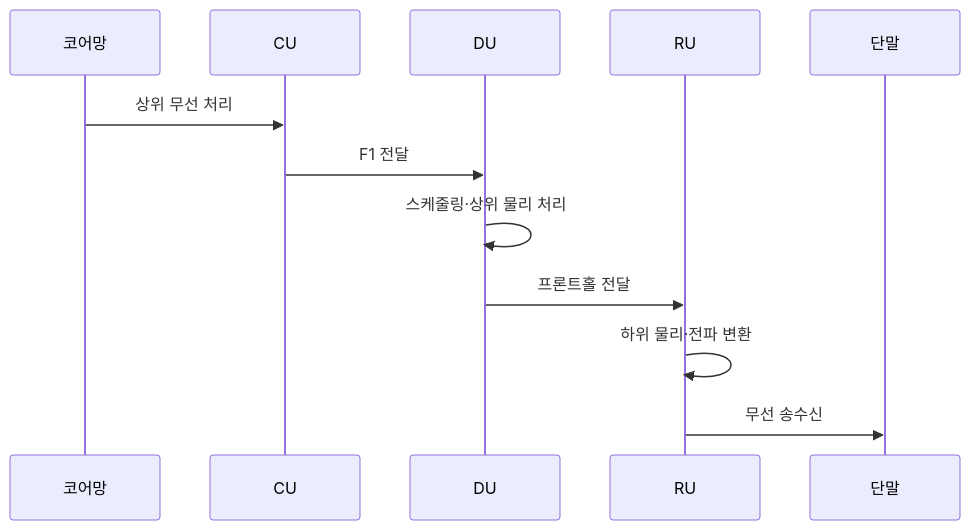
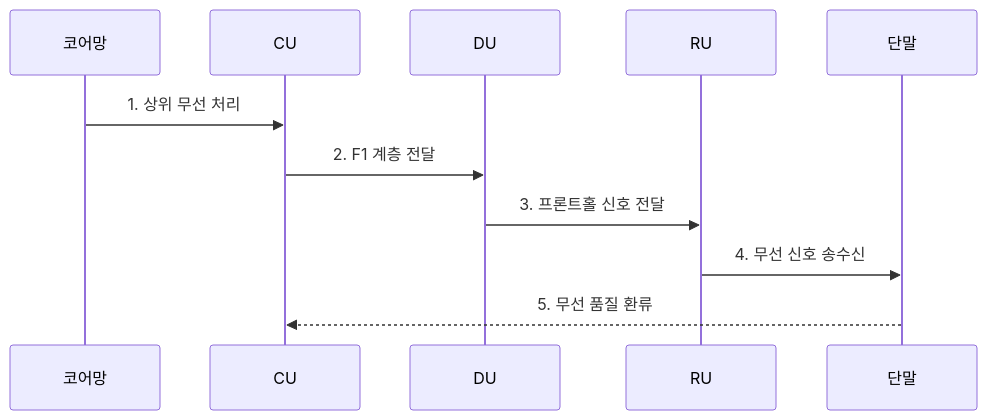
Before and after one commit to agnusdei1207/knowledge-base: the second of 2 diagrams in src/content/docs/notes/04-network/111_network_function_disaggregation.md, drawn with Mermaid. The commit also changed other lines of this file and 9 other files, not shown here.

````diff
--- a/src/content/docs/notes/04-network/111_network_function_disaggregation.md
+++ b/src/content/docs/notes/04-network/111_network_function_disaggregation.md
@@ -81,14 +82,13 @@
 ```mermaid
 sequenceDiagram
   participant N as 코어망
   participant C as CU
   participant D as DU
   participant R as RU
   participant U as 단말
-  N->>C: 상위 무선 처리
-  C->>D: F1 전달
-  D->>D: 스케줄링·상위 물리 처리
-  D->>R: 프론트홀 전달
-  R->>R: 하위 물리·전파 변환
-  R->>U: 무선 송수신
+  N->>C: 1. 상위 무선 처리
+  C->>D: 2. F1 계층 전달
+  D->>R: 3. 프론트홀 신호 전달
+  R->>U: 4. 무선 신호 송수신
+  U-->>C: 5. 무선 품질 환류
 ```
````
